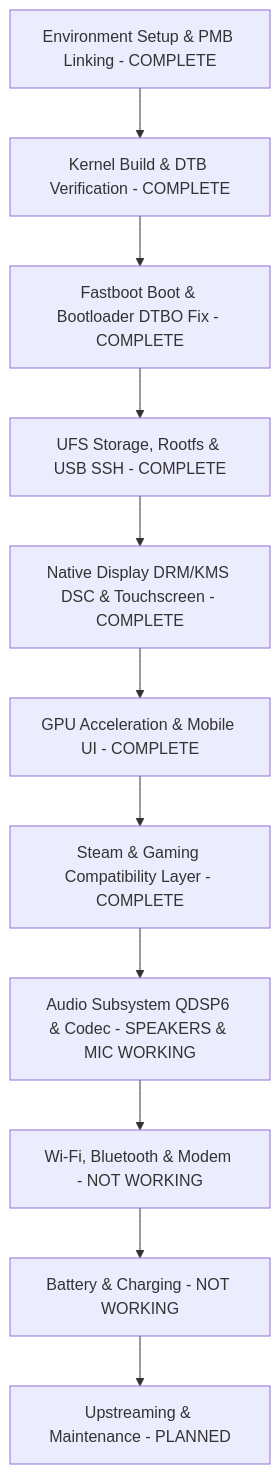
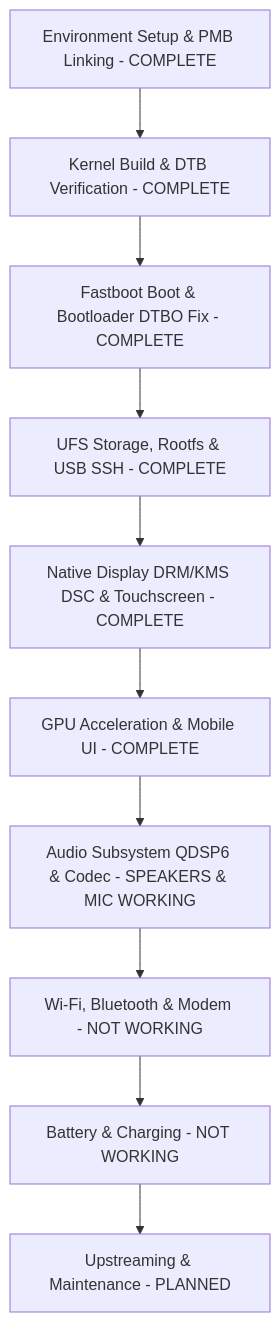
Before and after one commit to emilyastranova/guacamole_nura: the diagram in docs/PLAN.md, drawn with Mermaid. The commit also changed other lines of this file and 2 other files, not shown here.

First line of the commit message:
docs: drop Steam/gaming from project scope

````diff
--- a/docs/PLAN.md
+++ b/docs/PLAN.md
@@ -26,13 +26,12 @@
 ```mermaid
 flowchart TD
     A[Environment Setup & PMB Linking - COMPLETE] --> B[Kernel Build & DTB Verification - COMPLETE]
     B --> C[Fastboot Boot & Bootloader DTBO Fix - COMPLETE]
     C --> D[UFS Storage, Rootfs & USB SSH - COMPLETE]
     D --> E[Native Display DRM/KMS DSC & Touchscreen - COMPLETE]
     E --> F[GPU Acceleration & Mobile UI - COMPLETE]
-    F --> G[Steam & Gaming Compatibility Layer - COMPLETE]
-    G --> H[Audio Subsystem QDSP6 & Codec - SPEAKERS & MIC WORKING]
+    F --> H[Audio Subsystem QDSP6 & Codec - SPEAKERS & MIC WORKING]
     H --> I[Wi-Fi, Bluetooth & Modem - NOT WORKING]
     I --> J[Battery & Charging - NOT WORKING]
     J --> K[Upstreaming & Maintenance - PLANNED]
 ```
````
